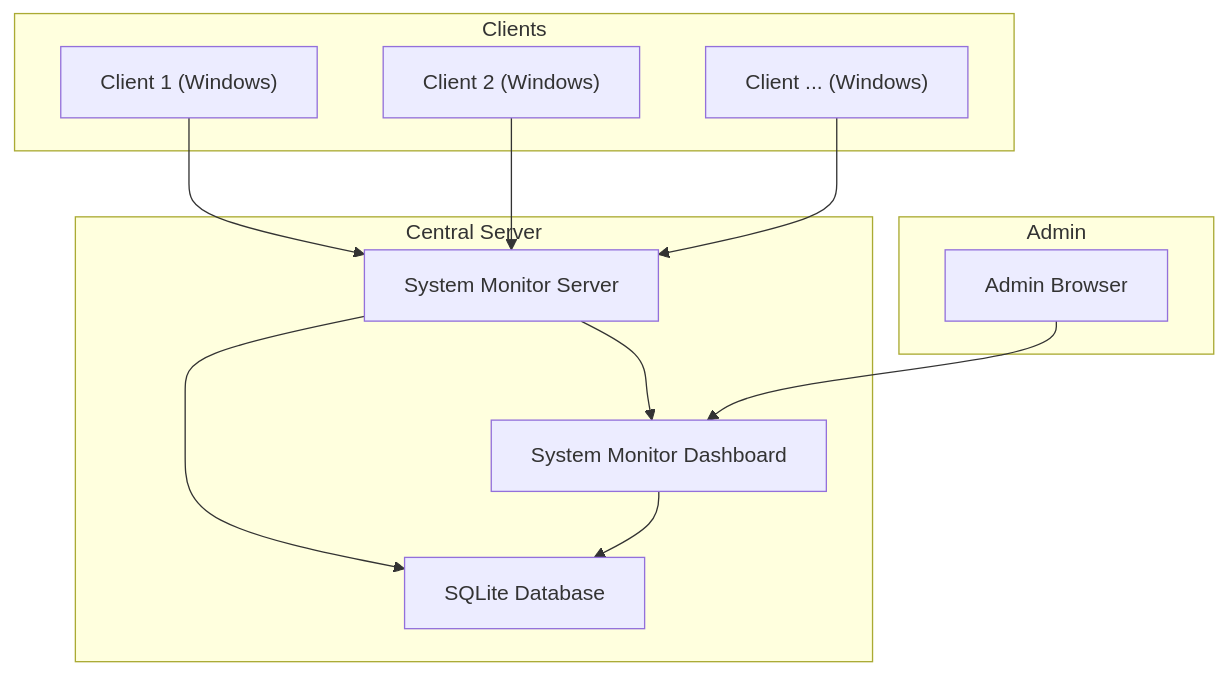
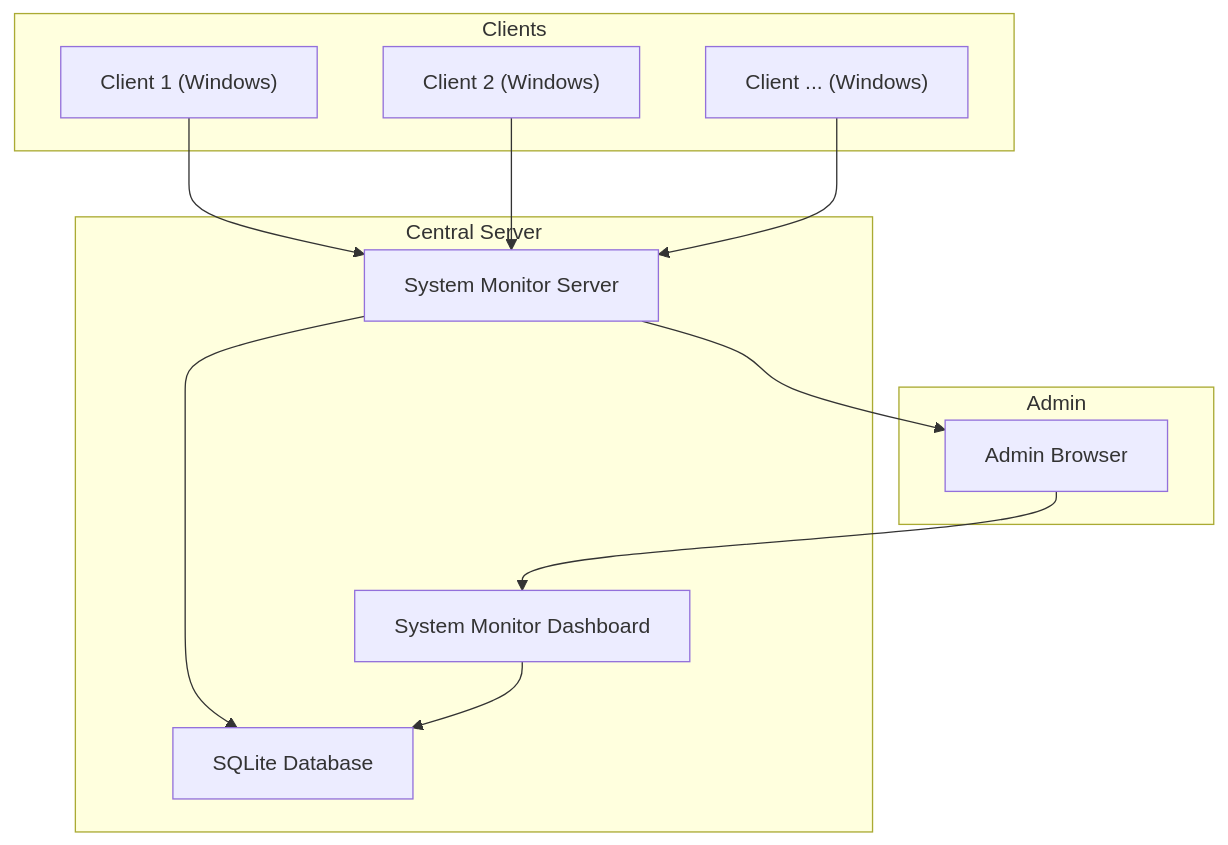
The diagram in README.md (caophuocdanh/System-Monitor), drawn with Mermaid before and after one commit.

````diff
--- a/README.md
+++ b/README.md
@@ -63,27 +63,27 @@
 ```mermaid
 graph TD
     subgraph "Clients"
         C1["Client 1 (Windows)"]
         C2["Client 2 (Windows)"]
         C3["Client ... (Windows)"]
     end
 
     subgraph "Central Server"
         S["System Monitor Server"]
         DB["SQLite Database"]
         DASH["System Monitor Dashboard"]
     end
 
     subgraph "Admin"
         ADMIN["Admin Browser"]
     end
 
     C1 --> S
     C2 --> S
     C3 --> S
 
     S --> DB
-    S --> DASH
+    S --> ADMIN
     DASH --> DB
     ADMIN --> DASH
 ```
````
